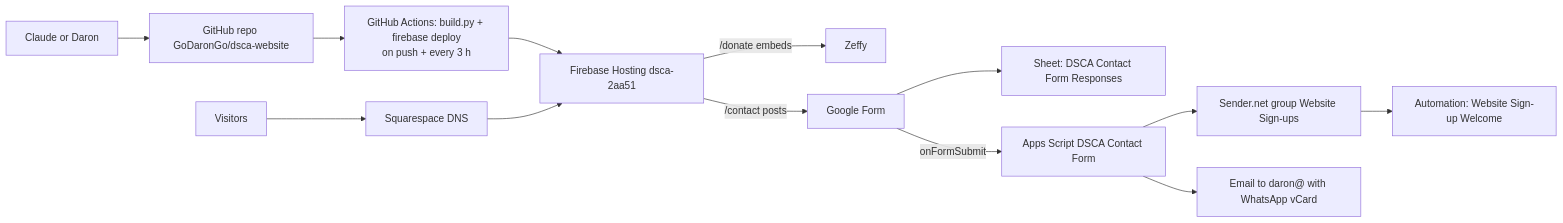
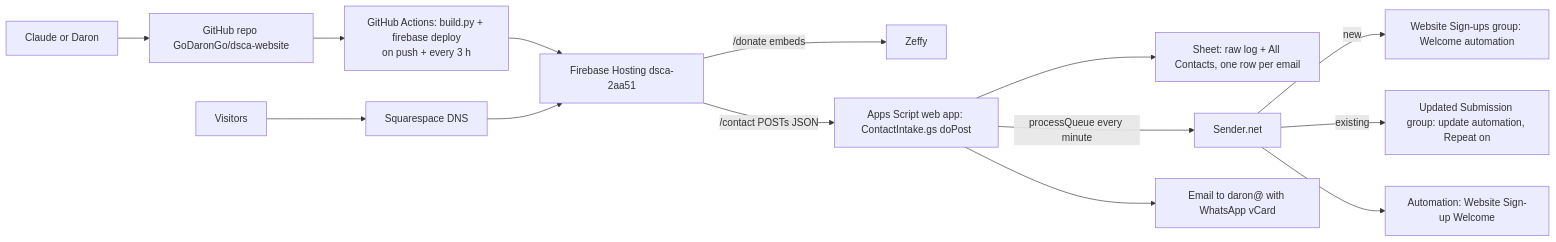
One commit to GoDaronGo/dsca-website changed the diagram in docs/ARCHITECTURE.md. Above: the diagram before and after it, drawn with Mermaid. The commit also changed other lines of this file and 6 other files, not shown here.

First line of the commit message:
Contact form: confirmation replaces the button, posts to the Apps Script intake

````diff
--- a/docs/ARCHITECTURE.md
+++ b/docs/ARCHITECTURE.md
@@ -8,14 +8,15 @@
 ```mermaid
 flowchart LR
   you[Claude or Daron] --> repo[GitHub repo GoDaronGo/dsca-website]
   repo --> gha[GitHub Actions: build.py + firebase deploy<br/>on push + every 3 h]
   gha --> fb[Firebase Hosting dsca-2aa51]
   visitors[Visitors] --> dns[Squarespace DNS] --> fb
   fb -- /donate embeds --> zeffy[Zeffy]
-  fb -- /contact posts --> form[Google Form]
-  form --> sheet[Sheet: DSCA Contact Form Responses]
-  form -- onFormSubmit --> gas[Apps Script DSCA Contact Form]
-  gas --> sender[Sender.net group Website Sign-ups]
+  fb -- /contact POSTs JSON --> gas[Apps Script web app: ContactIntake.gs doPost]
+  gas --> sheet[Sheet: raw log + All Contacts, one row per email]
+  gas -- processQueue every minute --> sender[Sender.net]
+  sender -- new --> welcome2[Website Sign-ups group: Welcome automation]
+  sender -- existing --> upd[Updated Submission group: update automation, Repeat on]
   gas --> mail[Email to daron@ with WhatsApp vCard]
   sender --> welcome[Automation: Website Sign-up Welcome]
 ```
````
